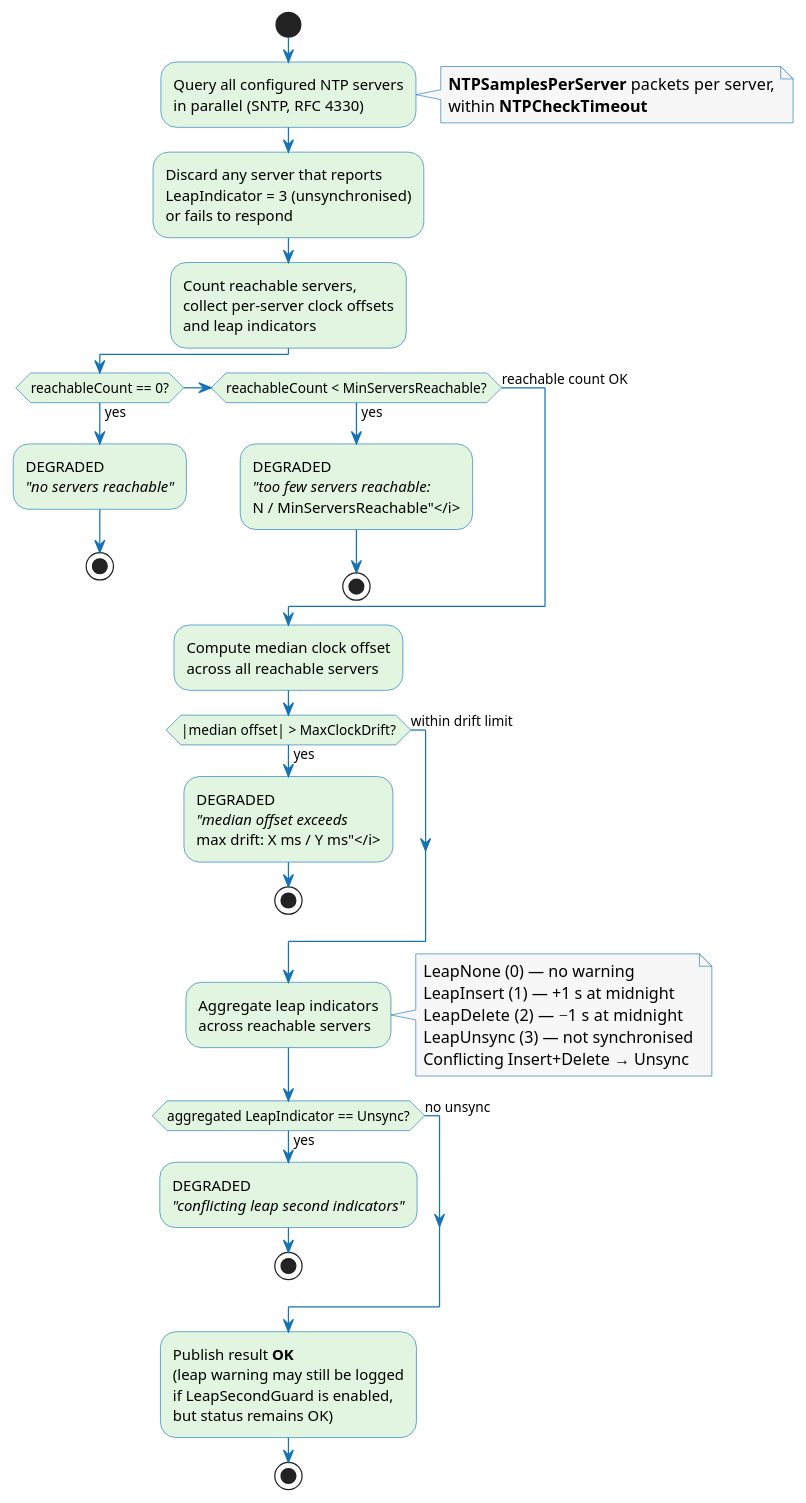
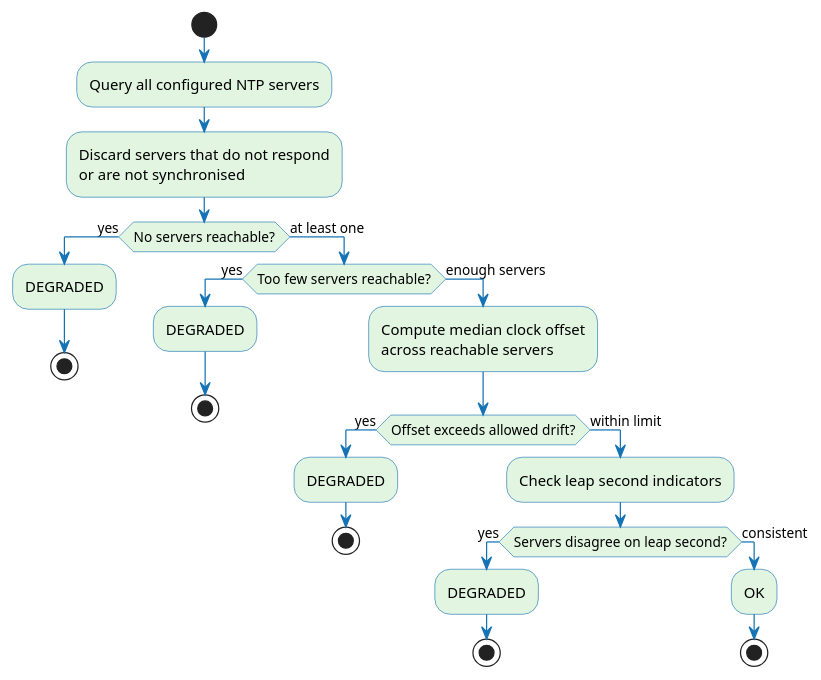
Before and after one commit to CZERTAINLY/CZERTAINLY-Documentation: the third of 3 diagrams in docs/signing/timestamping/time-quality-monitor.md, drawn with PlantUML. The commit also changed other lines of this file and 25 other files, not shown here.

````diff
--- a/docs/signing/timestamping/time-quality-monitor.md
+++ b/docs/signing/timestamping/time-quality-monitor.md
@@ -94,80 +219,45 @@
 ```plantuml
 @startuml
 skinparam activity {
     BorderColor #1573B5
     BackgroundColor #E1F5E0
     ArrowColor #1573B5
     DiamondBorderColor #1573B5
     DiamondBackgroundColor #E1F5E0
 }
-skinparam note {
-    BorderColor #1573B5
-    BackgroundColor #F7F7F7
-}
 skinparam shadowing false
 
 start
 
-:Query all configured NTP servers
-in parallel (SNTP, RFC 4330);
-note right
-  <b>NTPSamplesPerServer</b> packets per server,
-  within <b>NTPCheckTimeout</b>
-end note
+:Query all configured NTP servers;
 
-:Discard any server that reports
-LeapIndicator = 3 (unsynchronised)
-or fails to respond;
+:Discard servers that do not respond
+or are not synchronised;
 
-:Count reachable servers,
-collect per-server clock offsets
-and leap indicators;
-
-if (reachableCount == 0?) then (yes)
-  :DEGRADED
-  <i>"no servers reachable"</i>;
+if (No servers reachable?) then (yes)
+  :DEGRADED;
   stop
-elseif (reachableCount < MinServersReachable?) then (yes)
-  :DEGRADED
-  <i>"too few servers reachable:
-  N / MinServersReachable"</i>;
-  stop
-else (reachable count OK)
+else (at least one)
+  if (Too few servers reachable?) then (yes)
+    :DEGRADED;
+    stop
+  else (enough servers)
+    :Compute median clock offset
+    across reachable servers;
+    if (Offset exceeds allowed drift?) then (yes)
+      :DEGRADED;
+      stop
+    else (within limit)
+      :Check leap second indicators;
+      if (Servers disagree on leap second?) then (yes)
+        :DEGRADED;
+        stop
+      else (consistent)
+        :OK;
+        stop
+      endif
+    endif
+  endif
 endif
-
-:Compute median clock offset
-across all reachable servers;
-
-if (|median offset| > MaxClockDrift?) then (yes)
-  :DEGRADED
-  <i>"median offset exceeds
-  max drift: X ms / Y ms"</i>;
-  stop
-else (within drift limit)
-endif
-
-:Aggregate leap indicators
-across reachable servers;
-note right
-  LeapNone (0) — no warning
-  LeapInsert (1) — +1 s at midnight
-  LeapDelete (2) — −1 s at midnight
-  LeapUnsync (3) — not synchronised
-  Conflicting Insert+Delete → Unsync
-end note
-
-if (aggregated LeapIndicator == Unsync?) then (yes)
-  :DEGRADED
-  <i>"conflicting leap second indicators"</i>;
-  stop
-else (no unsync)
-endif
-
-:Publish result **OK**
-(leap warning may still be logged
-if LeapSecondGuard is enabled,
-but status remains OK);
-
-stop
 @enduml
 ```
````
